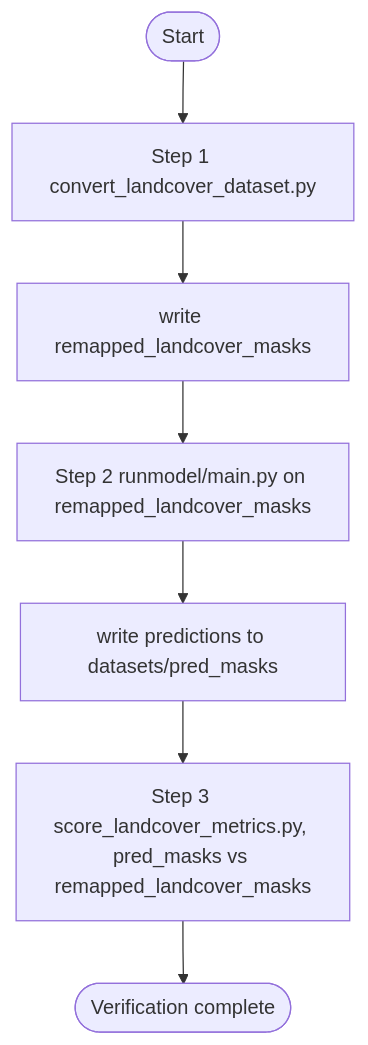
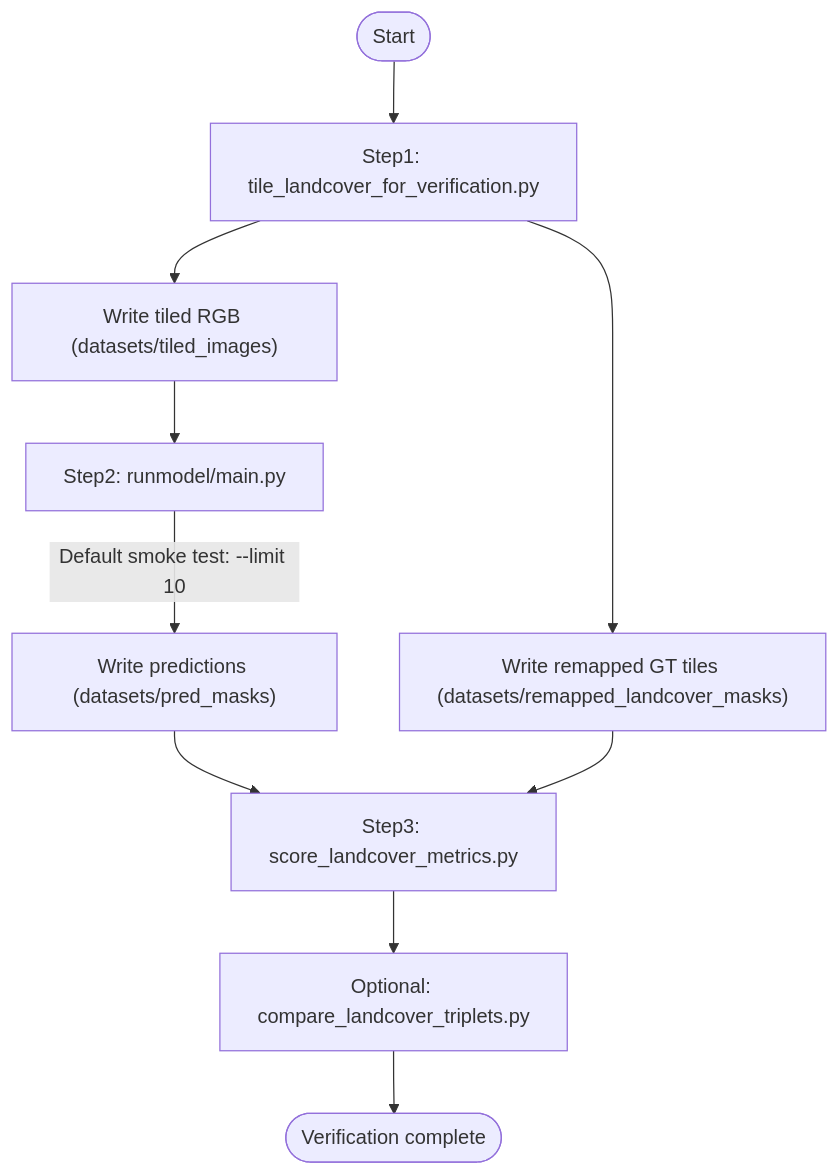
One commit to YawNimo/ndvi-guided-rgb-segmentation changed the diagram in landcover_verification/README.md. Above: the diagram before and after it, drawn with Mermaid. The commit also changed other lines of this file and 10 other files, not shown here.

````diff
--- a/landcover_verification/README.md
+++ b/landcover_verification/README.md
@@ -7,9 +7,12 @@
 ```mermaid
 flowchart TD
-  Start([Start]) --> GtScript[Step 1 convert_landcover_dataset.py]
-  GtScript --> GtRemap[write remapped_landcover_masks]
-  GtRemap --> Infer[Step 2 runmodel/main.py on remapped_landcover_masks]
-  Infer --> PredOut[write predictions to datasets/pred_masks]
-  PredOut --> Metrics[Step 3 score_landcover_metrics.py, pred_masks vs remapped_landcover_masks]
-  Metrics --> Done([Verification complete])
+  Start([Start]) --> TileScript["Step1: tile_landcover_for_verification.py"]
+  TileScript --> RgbTiles["Write tiled RGB (datasets/tiled_images)"]
+  TileScript --> GtRemap["Write remapped GT tiles (datasets/remapped_landcover_masks)"]
+  RgbTiles --> Runmodel["Step2: runmodel/main.py"]
+  Runmodel -->|"Default smoke test: --limit 10"| PredOut["Write predictions (datasets/pred_masks)"]
+  PredOut --> Score["Step3: score_landcover_metrics.py"]
+  GtRemap --> Score
+  Score --> Triplets["Optional: compare_landcover_triplets.py"]
+  Triplets --> Done([Verification complete])
 ```
````
